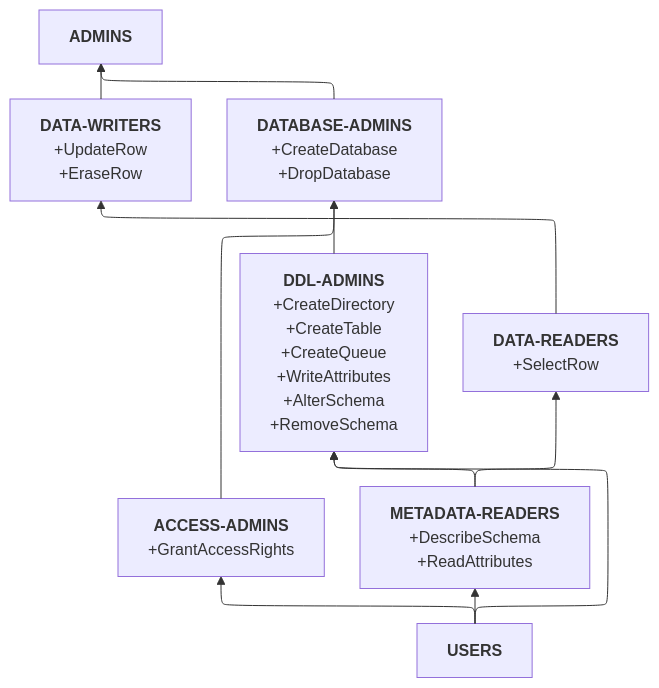
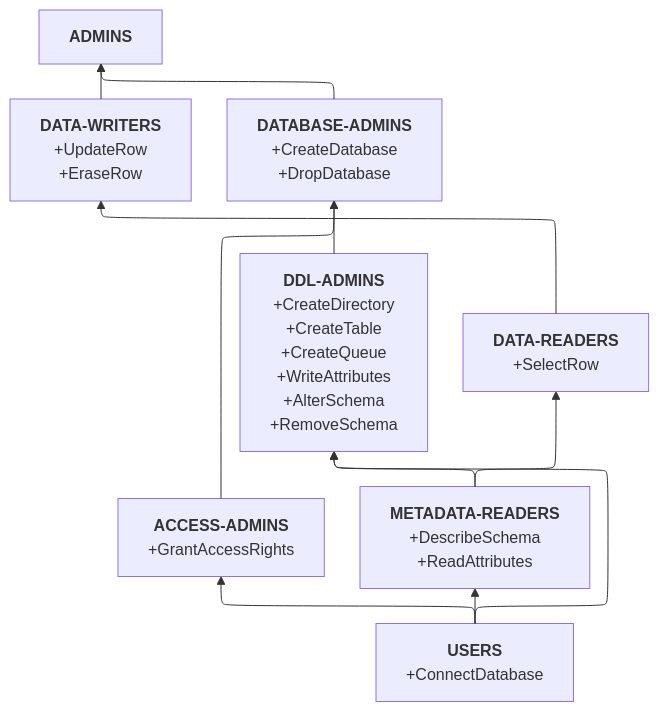
One commit to ydb-platform/ydb changed the diagram in ydb/docs/ru/core/_includes/builtin-groups-graph.md. Above: the diagram before and after it, drawn with Mermaid. The commit also changed 1 other file, not shown here.

Commit message:
fixup: add ConnectDatabase for USERS

````diff
--- a/ydb/docs/ru/core/_includes/builtin-groups-graph.md
+++ b/ydb/docs/ru/core/_includes/builtin-groups-graph.md
@@ -1,46 +1,54 @@
 ```mermaid
 ---
 config:
   layout: elk
   elk:
     mergeEdges: true
     nodePlacementStrategy: NETWORK_SIMPLEX
 ---
 graph BT
 
 DATA-WRITERS & DATABASE-ADMINS --> ADMINS
 DDL-ADMINS & ACCESS-ADMINS --> DATABASE-ADMINS
 DATA-READERS --> DATA-WRITERS
 METADATA-READERS --> DATA-READERS & DDL-ADMINS
 %%USERS --> METADATA-READERS & DATA-READERS & DATA-WRITERS & DDL-ADMINS & ACCESS-ADMINS & DATABASE-ADMINS & ADMINS
 USERS --> METADATA-READERS & DDL-ADMINS & ACCESS-ADMINS
 
     DATA-READERS["<b>DATA-READERS</b>
-    +SelectRow"]
+    +SelectRow"
+    ]
 
     DATA-WRITERS["<b>DATA-WRITERS</b>
     +UpdateRow
-    +EraseRow"]
+    +EraseRow"
+    ]
 
     METADATA-READERS["<b>METADATA-READERS</b>
     +DescribeSchema
-    +ReadAttributes"]
+    +ReadAttributes"
+    ]
 
     DATABASE-ADMINS["<b>DATABASE-ADMINS</b>
     +CreateDatabase
-    +DropDatabase"]
+    +DropDatabase"
+    ]
 
     ACCESS-ADMINS["<b>ACCESS-ADMINS</b>
-    +GrantAccessRights"]
+    +GrantAccessRights"
+    ]
 
     DDL-ADMINS["<b>DDL-ADMINS</b>
     +CreateDirectory
     +CreateTable
     +CreateQueue
     +WriteAttributes
     +AlterSchema
-    +RemoveSchema"]
+    +RemoveSchema"
+    ]
 
-    USERS[<b>USERS</b>]
+    USERS[<b>USERS</b>
+    +ConnectDatabase
+    ]
     ADMINS[<b>ADMINS</b>]
 ```
````
